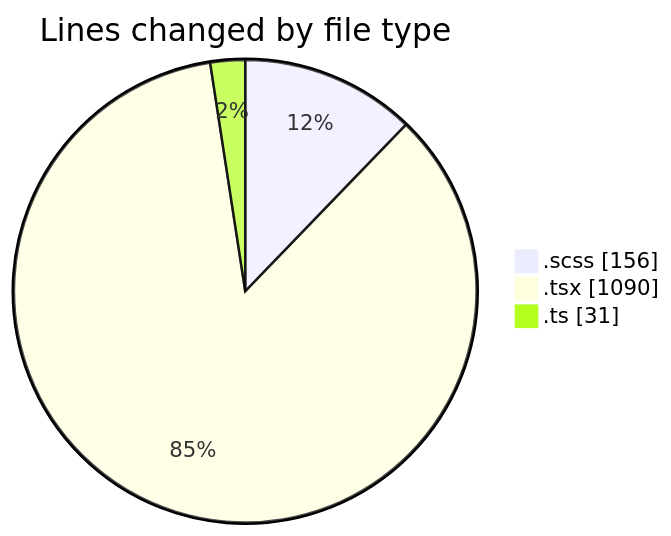
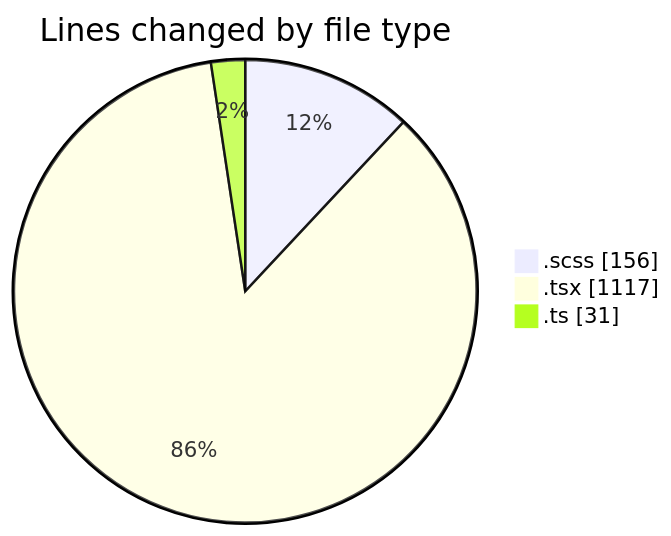
One commit to momahboobian/code-tracking changed the first of 2 diagrams in 2025-02-10/cda/README.md. Above: the diagram before and after it, drawn with Mermaid. The commit also changed other lines of this file and 1 other file, not shown here.

````diff
--- a/2025-02-10/cda/README.md
+++ b/2025-02-10/cda/README.md
@@ -25,7 +25,7 @@
 ```mermaid
 pie showData
 title Lines changed by file type
 ".scss" : 156
-".tsx" : 1090
+".tsx" : 1117
 ".ts" : 31
 ```
````
